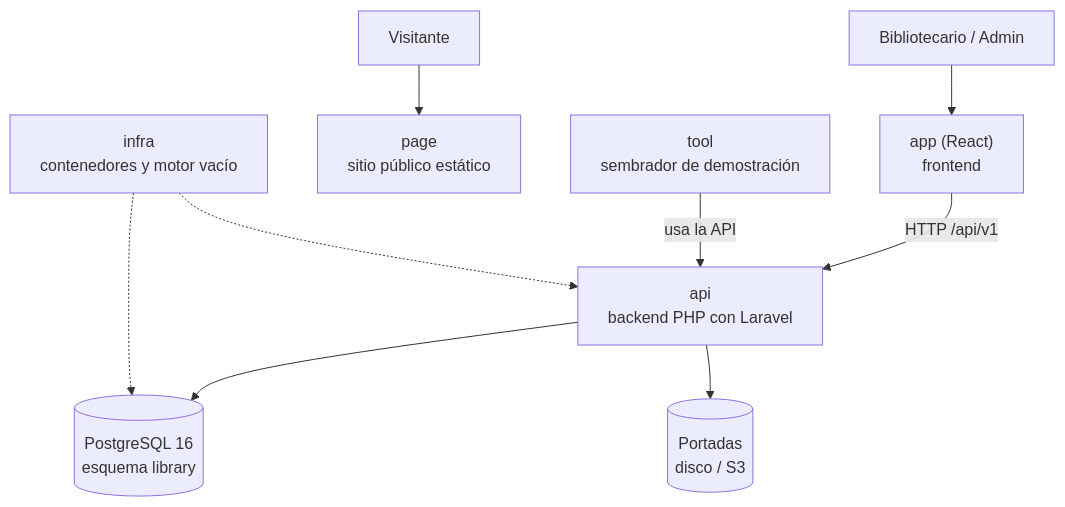
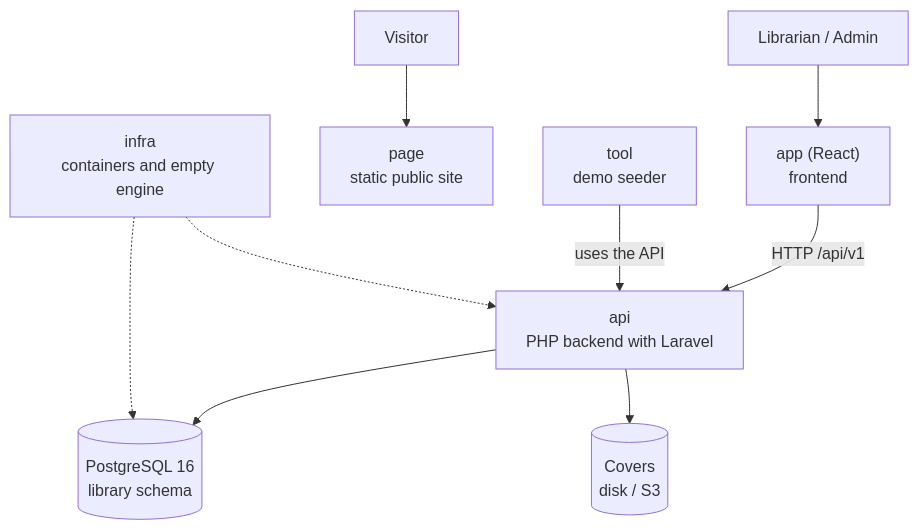
Before and after one commit to andresguti17/test-manager-library-3145556-docs: the diagram in spec-php/arquitectura-panoramica.md, drawn with Mermaid. The commit also changed other lines of this file and 12 other files, not shown here.

````diff
--- a/spec-php/arquitectura-panoramica.md
+++ b/spec-php/arquitectura-panoramica.md
@@ -7,11 +7,11 @@
 ```mermaid
 flowchart TB
-    U["Bibliotecario / Admin"] --> APP["app (React)<br/>frontend"]
-    V["Visitante"] --> PAGE["page<br/>sitio público estático"]
-    APP -->|"HTTP /api/v1"| API["api<br/>backend PHP con Laravel"]
-    API --> PG[("PostgreSQL 16<br/>esquema library")]
-    API --> COV[("Portadas<br/>disco / S3")]
-    TOOL["tool<br/>sembrador de demostración"] -->|"usa la API"| API
-    INFRA["infra<br/>contenedores y motor vacío"] -.-> PG
+    U["Librarian / Admin"] --> APP["app (React)<br/>frontend"]
+    V["Visitor"] --> PAGE["page<br/>static public site"]
+    APP -->|"HTTP /api/v1"| API["api<br/>PHP backend with Laravel"]
+    API --> PG[("PostgreSQL 16<br/>library schema")]
+    API --> COV[("Covers<br/>disk / S3")]
+    TOOL["tool<br/>demo seeder"] -->|"uses the API"| API
+    INFRA["infra<br/>containers and empty engine"] -.-> PG
     INFRA -.-> API
 ```
````
